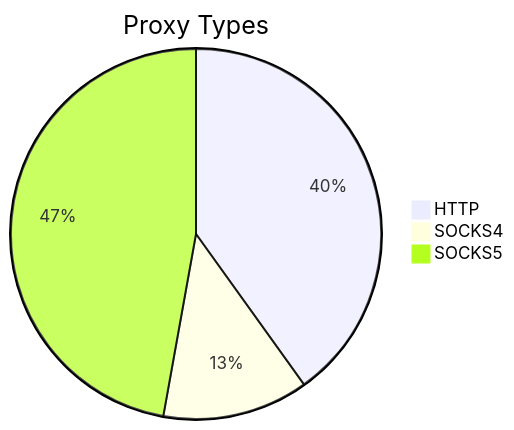
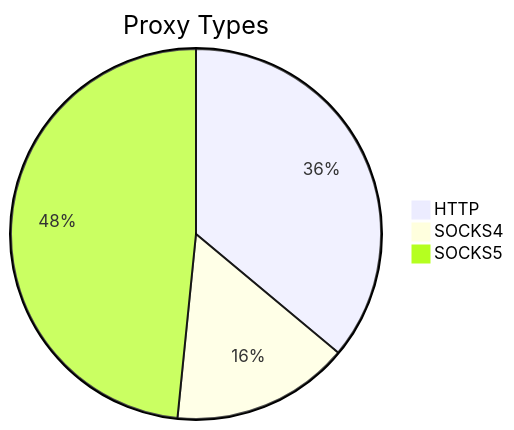
The first of 2 diagrams in README.md (stormsia/proxy-list), drawn with Mermaid before and after one commit. The commit also changed other lines of this file, not shown here.

````diff
--- a/README.md
+++ b/README.md
@@ -21,6 +21,6 @@
 ```mermaid
 pie title Proxy Types
-    "HTTP" : 85
-    "SOCKS4" : 27
-    "SOCKS5" : 100
+    "HTTP" : 79
+    "SOCKS4" : 34
+    "SOCKS5" : 106
 ```
````
